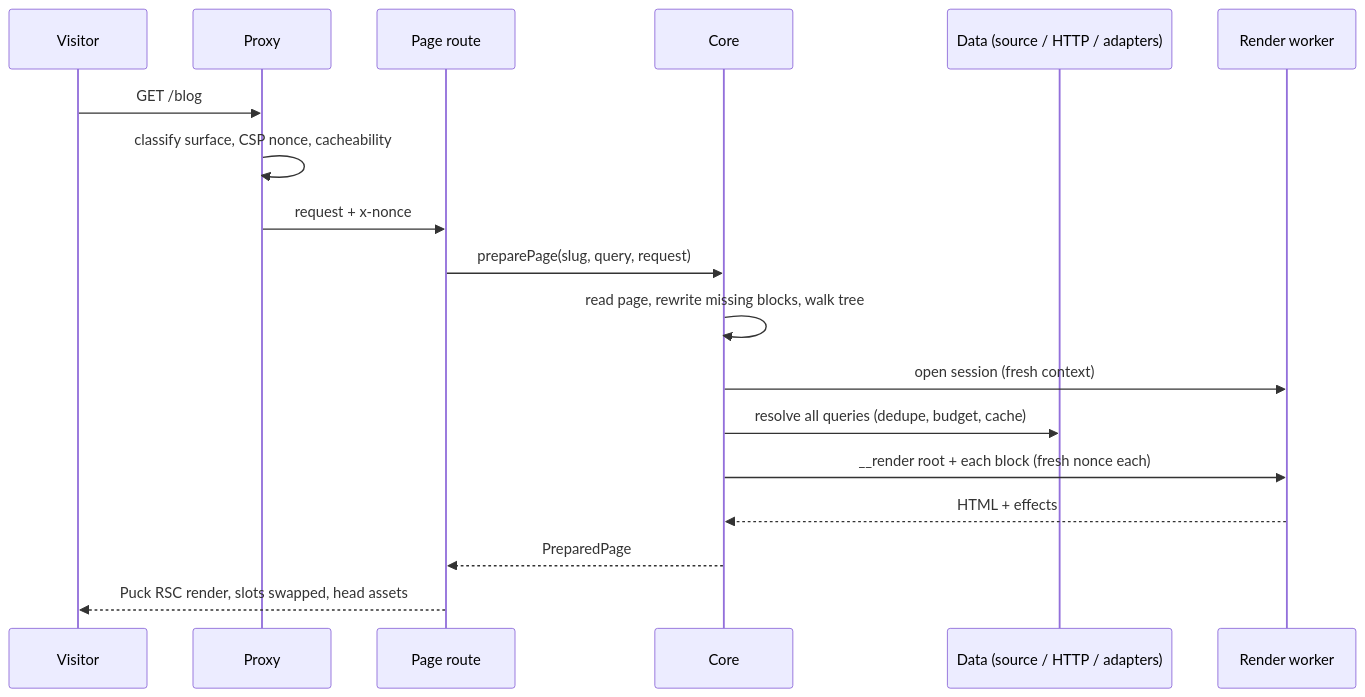
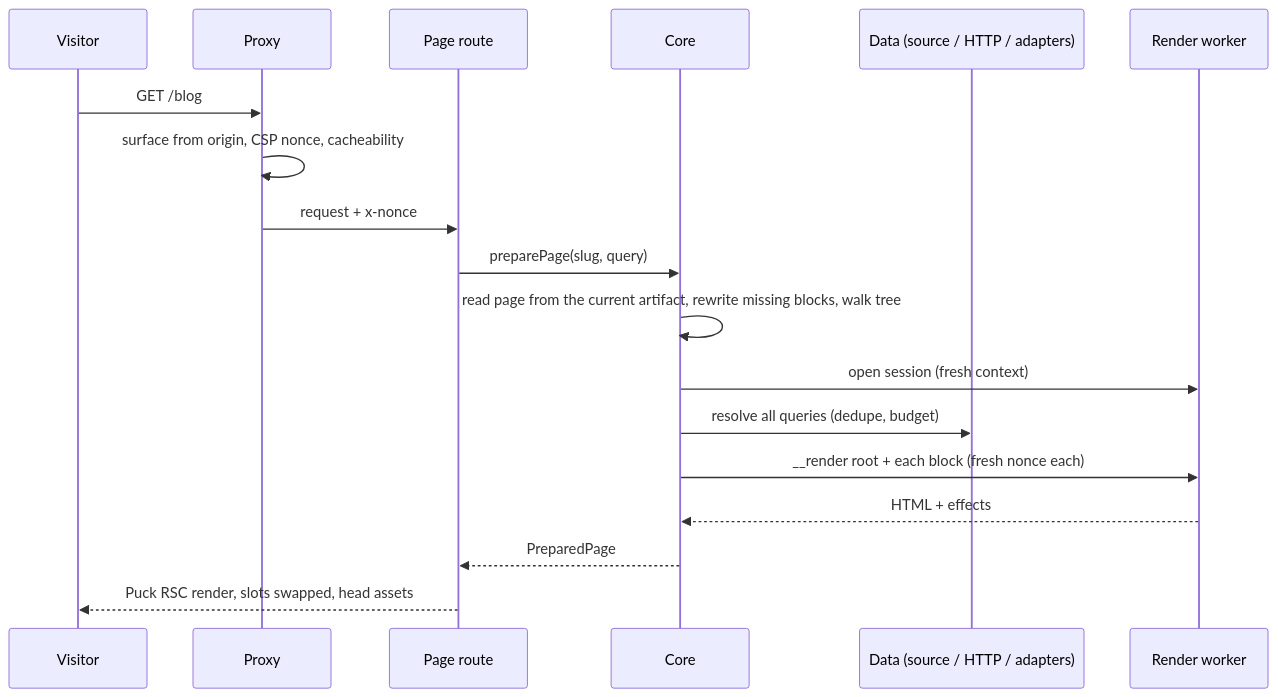
The diagram in apps/docs/content/docs/internal/architecture/public-request.mdx (0ctanium/puckremote), drawn with Mermaid before and after one commit. The commit also changed other lines of this file and 184 other files, not shown here.

````diff
--- a/apps/docs/content/docs/internal/architecture/public-request.mdx
+++ b/apps/docs/content/docs/internal/architecture/public-request.mdx
@@ -6,20 +6,20 @@
 ```mermaid
 sequenceDiagram
   participant V as Visitor
   participant P as Proxy
   participant R as Page route
   participant C as Core
   participant D as Data (source / HTTP / adapters)
   participant W as Render worker
   V->>P: GET /blog
-  P->>P: classify surface, CSP nonce, cacheability
+  P->>P: surface from origin, CSP nonce, cacheability
   P->>R: request + x-nonce
-  R->>C: preparePage(slug, query, request)
-  C->>C: read page, rewrite missing blocks, walk tree
+  R->>C: preparePage(slug, query)
+  C->>C: read page from the current artifact, rewrite missing blocks, walk tree
   C->>W: open session (fresh context)
-  C->>D: resolve all queries (dedupe, budget, cache)
+  C->>D: resolve all queries (dedupe, budget)
   C->>W: __render root + each block (fresh nonce each)
   W-->>C: HTML + effects
   C-->>R: PreparedPage
   R-->>V: Puck RSC render, slots swapped, head assets
 ```
````
